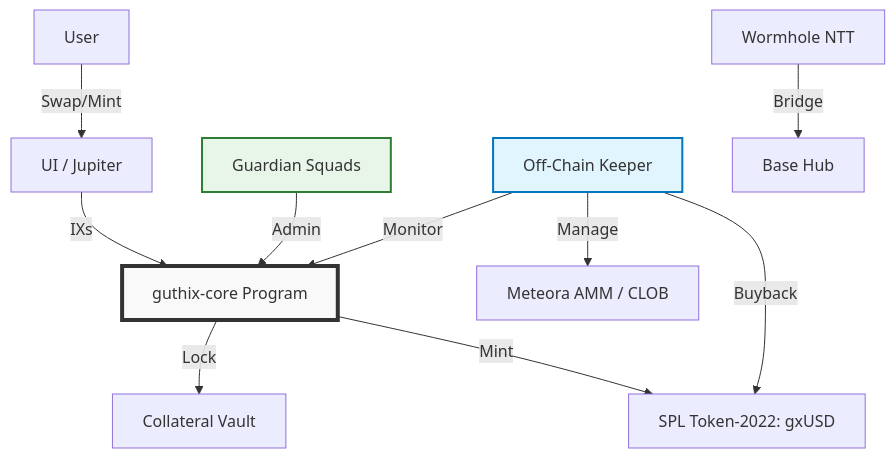
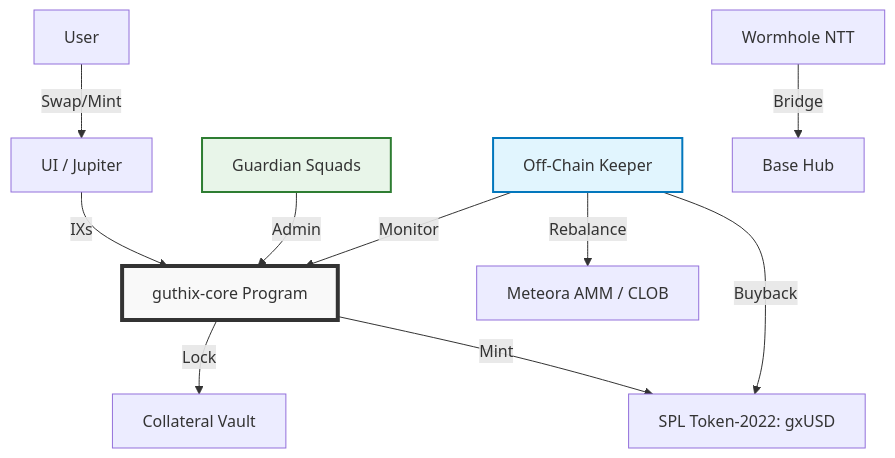
The diagram in README.md (RedactedBuilder/guthix), drawn with Mermaid before and after one commit. The commit also changed other lines of this file, not shown here.

````diff
--- a/README.md
+++ b/README.md
@@ -35,19 +35,19 @@
 ```mermaid
 graph TD
     User[User] -->|Swap/Mint| Interface[UI / Jupiter]
     Interface -->|IXs| Core[guthix-core Program]
     
     Core -->|Lock| Vault[Collateral Vault]
     Core -->|Mint| Token[SPL Token-2022: gxUSD]
     
     Guardian[Guardian Squads] -->|Admin| Core
     Keeper[Off-Chain Keeper] -->|Monitor| Core
-    Keeper -->|Manage| Meteora[Meteora AMM / CLOB]
+    Keeper -->|Rebalance| Meteora[Meteora AMM / CLOB]
     Keeper -->|Buyback| Token
     
     Wormhole[Wormhole NTT] -->|Bridge| Base[Base Hub]
     
     style Core fill:#f9f9f9,stroke:#333,stroke-width:4px
     style Keeper fill:#e1f5fe,stroke:#0277bd,stroke-width:2px
     style Guardian fill:#e8f5e9,stroke:#2e7d32,stroke-width:2px
 ```
````
